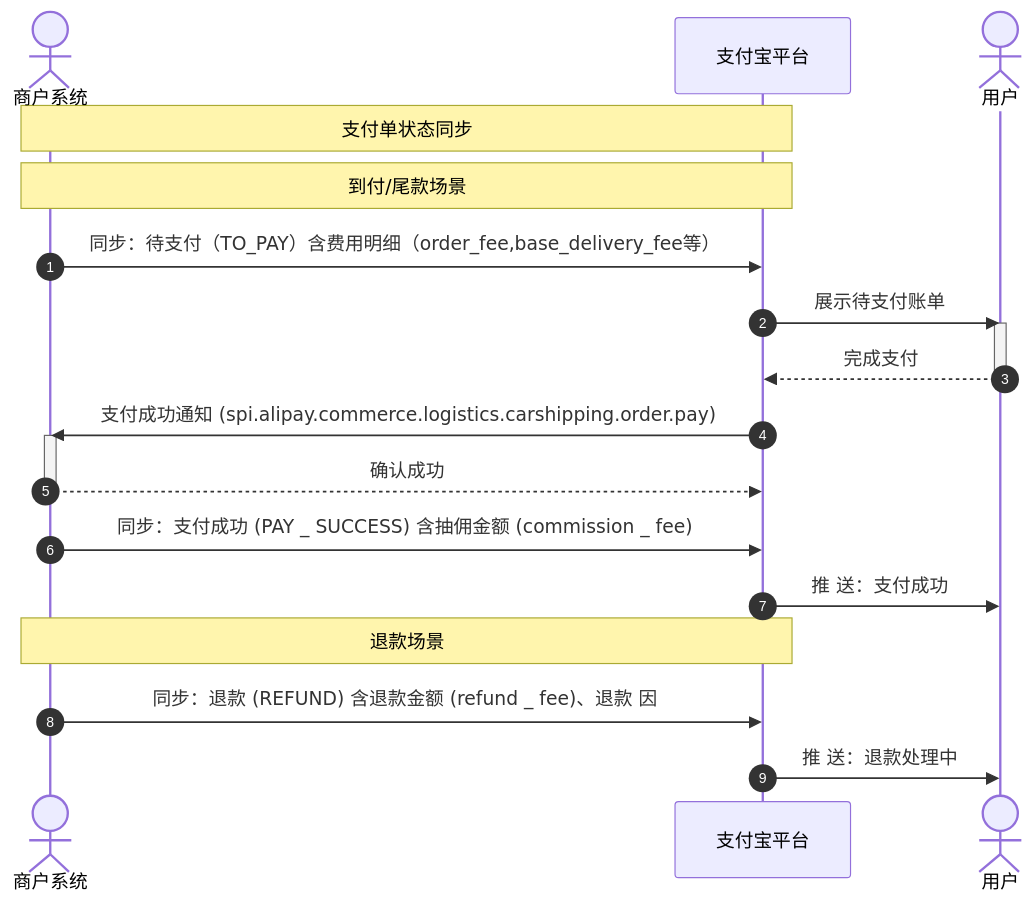
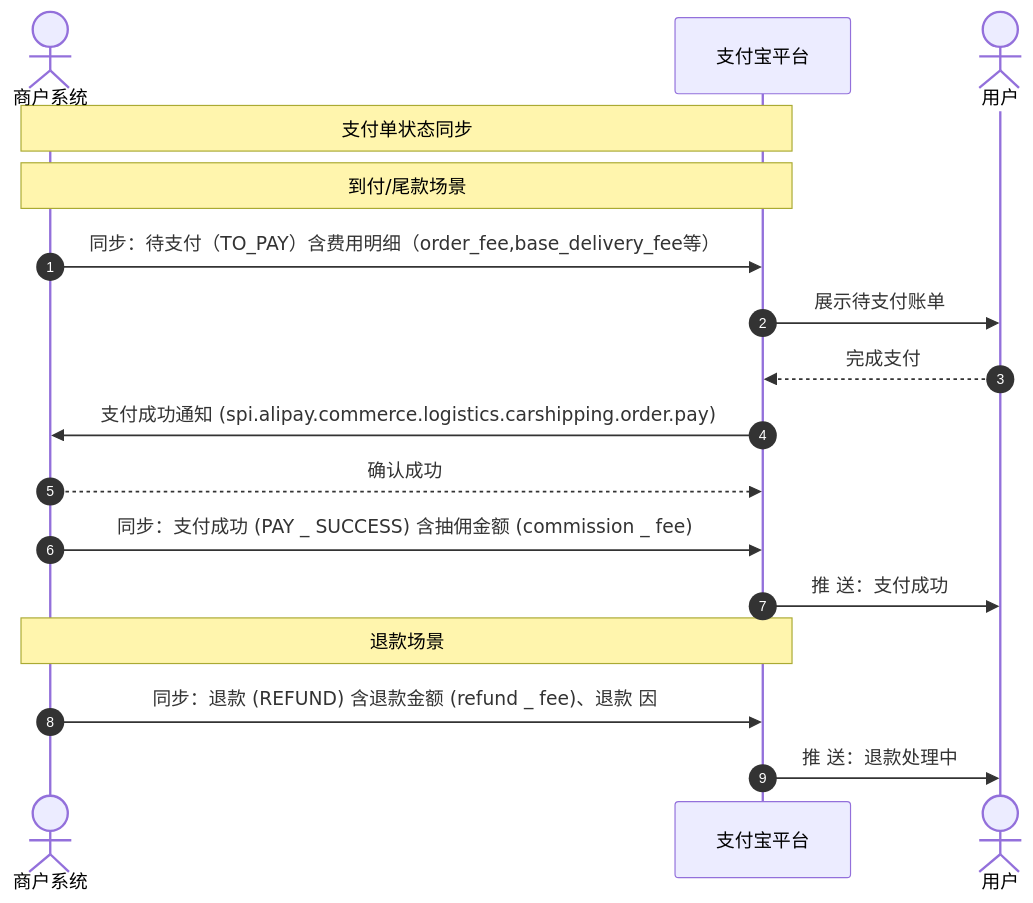
The diagram in mmd/支付单状态同步时序_b3042cb3-08c1-43b5-b440-32d3f6443821.mmd (pingpm/mermaid_vault), drawn with Mermaid before and after one commit. The commit also changed 2 other files, not shown here.

Commit message:
Sync Mermaid Studio data (11 diagrams)

```diff
--- a/mmd/支付单状态同步时序_b3042cb3-08c1-43b5-b440-32d3f6443821.mmd
+++ b/mmd/支付单状态同步时序_b3042cb3-08c1-43b5-b440-32d3f6443821.mmd
@@ -1,21 +1,17 @@
 sequenceDiagram
   autonumber
   actor p0 as 商户系统
   participant p1 as ⽀付宝平台
   actor p2 as 用户
   Note over p0,p1: ⽀付单状态同步
   Note over p0,p1: 到付/尾款场景
   p0->>p1: 同步：待支付（TO_PAY）含费用明细（order_fee,base_delivery_fee等）
   p1->>p2: 展示待⽀付账单
-  activate p2
   p2-->>p1: 完成⽀付
-  deactivate p2
   p1->>p0: ⽀付成功通知 (spi.alipay.commerce.logistics.carshipping.order.pay)
-  activate p0
   p0-->>p1: 确认成功
-  deactivate p0
   p0->>p1: 同步：⽀付成功 (PAY _ SUCCESS) 含抽佣⾦额 (commission _ fee)
   p1->>p2: 推 送：⽀付成功
   Note over p0,p1: 退款场景
   p0->>p1: 同步：退款 (REFUND) 含退款⾦额 (refund _ fee)、退款 因
   p1->>p2: 推 送：退款处理中
```
